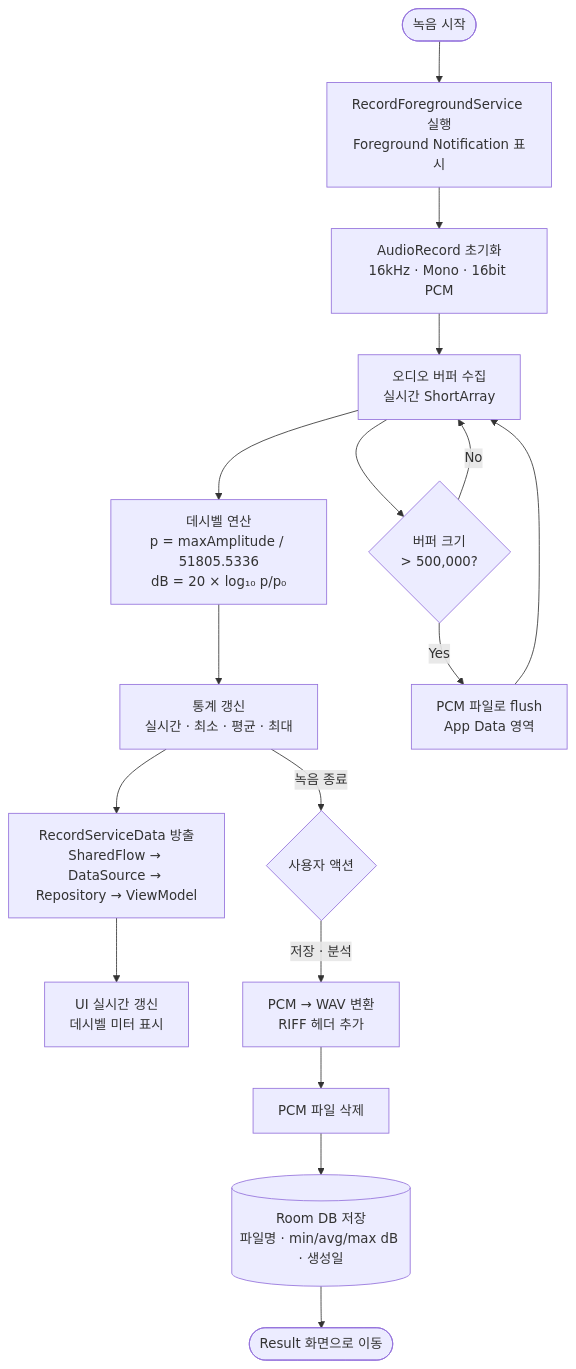
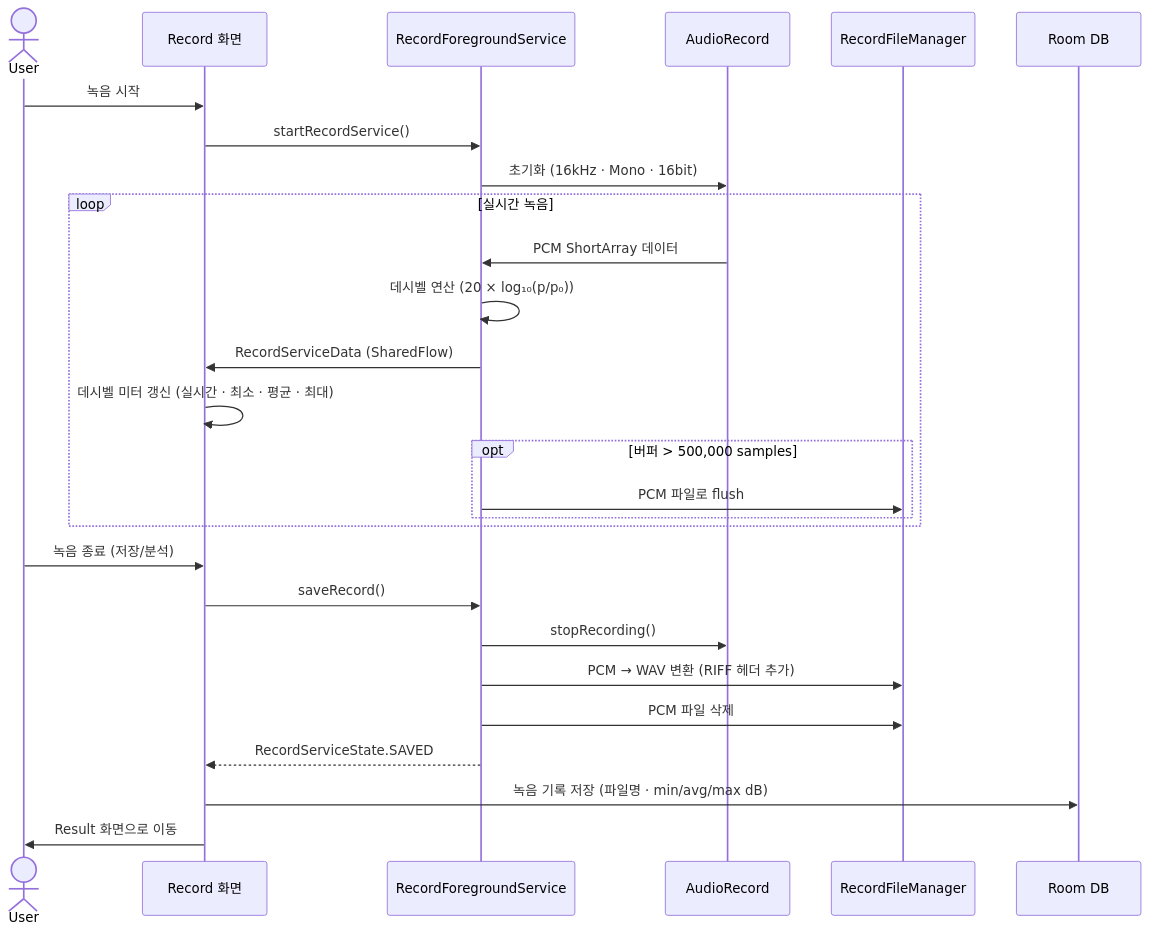
The second of 4 diagrams in README.md (Greenie-crew/greenie-android), drawn with Mermaid before and after one commit. The commit also changed other lines of this file, not shown here.

````diff
--- a/README.md
+++ b/README.md
@@ -76,22 +83,33 @@
 ```mermaid
-flowchart TD
-    Start([녹음 시작]) --> Service[RecordForegroundService 실행<br/>Foreground Notification 표시]
-    Service --> Init[AudioRecord 초기화<br/>16kHz · Mono · 16bit PCM]
-    Init --> Capture[오디오 버퍼 수집<br/>실시간 ShortArray]
+sequenceDiagram
+    actor User
+    participant UI as Record 화면
+    participant Service as RecordForegroundService
+    participant Audio as AudioRecord
+    participant File as RecordFileManager
+    participant DB as Room DB
 
-    Capture --> Decibel[데시벨 연산<br/>p = maxAmplitude / 51805.5336<br/>dB = 20 × log₁₀ p/p₀]
-    Decibel --> Stats[통계 갱신<br/>실시간 · 최소 · 평균 · 최대]
-    Stats --> Emit[RecordServiceData 방출<br/>SharedFlow → DataSource → Repository → ViewModel]
-    Emit --> UI[UI 실시간 갱신<br/>데시벨 미터 표시]
+    User->>UI: 녹음 시작
+    UI->>Service: startRecordService()
+    Service->>Audio: 초기화 (16kHz · Mono · 16bit)
 
-    Capture --> BufferCheck{버퍼 크기<br/>> 500,000?}
-    BufferCheck -->|Yes| Flush[PCM 파일로 flush<br/>App Data 영역]
-    Flush --> Capture
-    BufferCheck -->|No| Capture
+    loop 실시간 녹음
+        Audio->>Service: PCM ShortArray 데이터
+        Service->>Service: 데시벨 연산 (20 × log₁₀(p/p₀))
+        Service->>UI: RecordServiceData (SharedFlow)
+        UI->>UI: 데시벨 미터 갱신 (실시간 · 최소 · 평균 · 최대)
 
-    Stats -->|녹음 종료| Action{사용자 액션}
-    Action -->|저장 · 분석| Convert[PCM → WAV 변환<br/>RIFF 헤더 추가]
-    Convert --> Delete[PCM 파일 삭제]
-    Delete --> Save[(Room DB 저장<br/>파일명 · min/avg/max dB · 생성일)]
-    Save --> Navigate([Result 화면으로 이동])
+        opt 버퍼 > 500,000 samples
+            Service->>File: PCM 파일로 flush
+        end
+    end
+
+    User->>UI: 녹음 종료 (저장/분석)
+    UI->>Service: saveRecord()
+    Service->>Audio: stopRecording()
+    Service->>File: PCM → WAV 변환 (RIFF 헤더 추가)
+    Service->>File: PCM 파일 삭제
+    Service-->>UI: RecordServiceState.SAVED
+    UI->>DB: 녹음 기록 저장 (파일명 · min/avg/max dB)
+    UI->>User: Result 화면으로 이동
 ```
````
